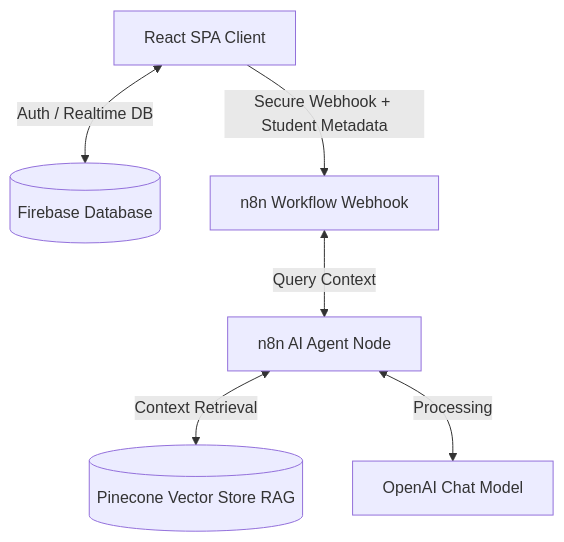
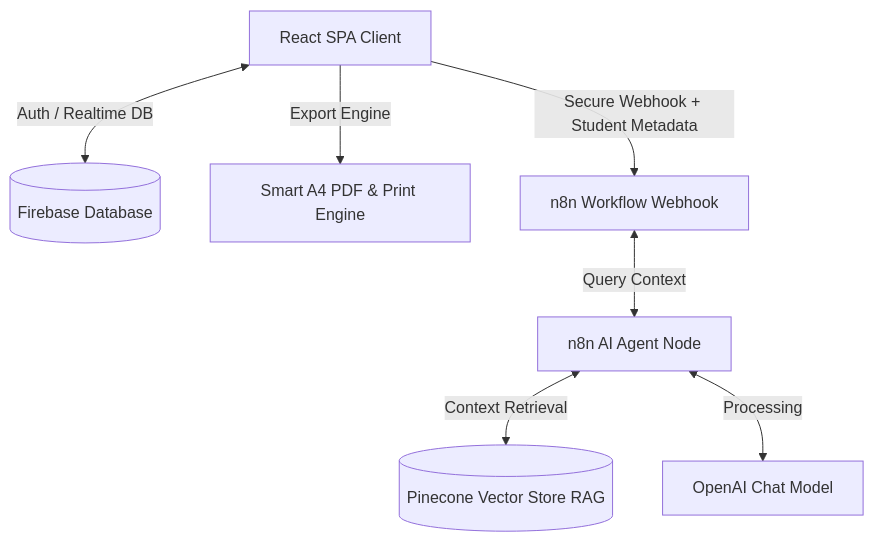
The diagram in README.md (kainapatkmutnb/it-course-chatbot-main), drawn with Mermaid before and after one commit. The commit also changed other lines of this file and 9 other files, not shown here.

Commit message:
feat: Add official study plan report with smart A4 PDF export and print styling

````diff
--- a/README.md
+++ b/README.md
@@ -11,8 +11,9 @@
 ```mermaid
 graph TD
     Client[React SPA Client] <--> |Auth / Realtime DB| Firebase[(Firebase Database)]
+    Client --> |Export Engine| PDFEngine[Smart A4 PDF & Print Engine]
     Client --> |Secure Webhook + Student Metadata| n8n[n8n Workflow Webhook]
     n8n <--> |Query Context| AIAgent[n8n AI Agent Node]
     AIAgent <--> |Context Retrieval| Pinecone[(Pinecone Vector Store RAG)]
     AIAgent <--> |Processing| LLM[OpenAI Chat Model]
 ```
````
